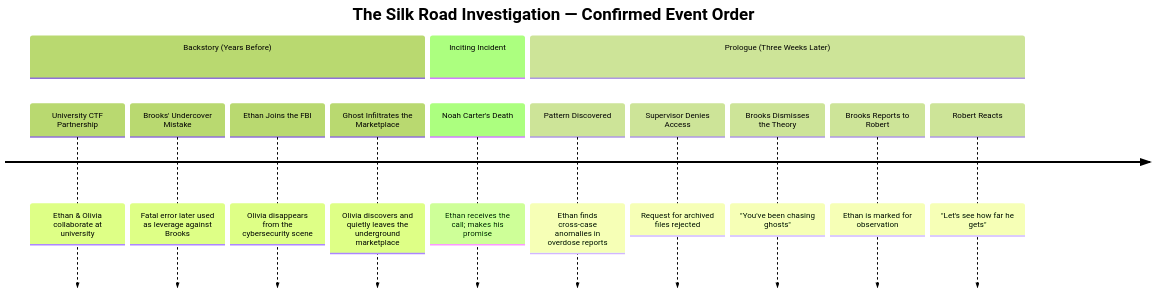
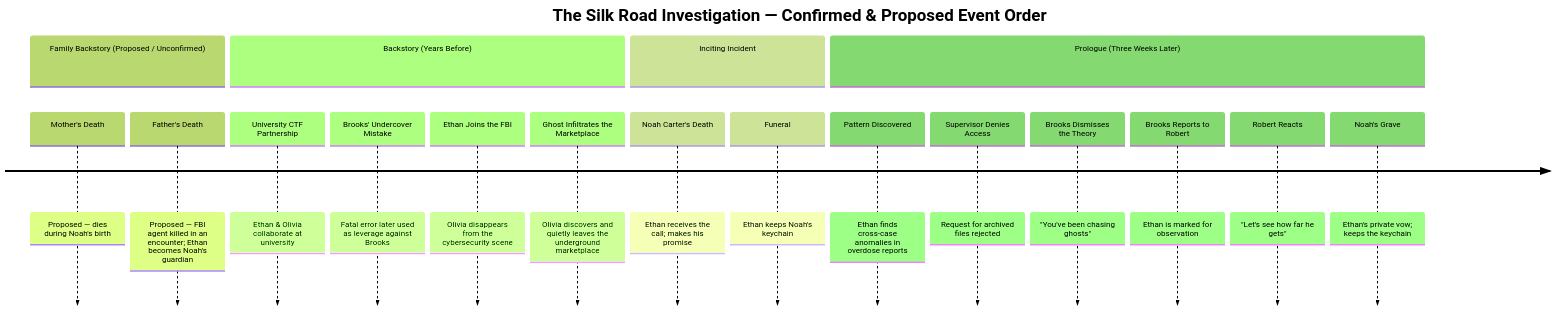
One commit to Mayank9056-MM/ctf-silk-project changed the diagram in docs/story/TIMELINE.md. Above: the diagram before and after it, drawn with Mermaid (forest theme). The commit also changed other lines of this file, not shown here.

Commit message:
feat: update TIMELINE.md with proposed family backstory entries and scene cross-references

````diff
--- a/docs/story/TIMELINE.md
+++ b/docs/story/TIMELINE.md
@@ -53,17 +61,22 @@
 ```mermaid
 timeline
-    title The Silk Road Investigation — Confirmed Event Order
+    title The Silk Road Investigation — Confirmed & Proposed Event Order
+    section Family Backstory (Proposed / Unconfirmed)
+        Mother's Death : Proposed — dies during Noah's birth
+        Father's Death : Proposed — FBI agent killed in an encounter; Ethan becomes Noah's guardian
     section Backstory (Years Before)
         University CTF Partnership : Ethan & Olivia collaborate at university
         Brooks' Undercover Mistake : Fatal error later used as leverage against Brooks
         Ethan Joins the FBI : Olivia disappears from the cybersecurity scene
         Ghost Infiltrates the Marketplace : Olivia discovers and quietly leaves the underground marketplace
     section Inciting Incident
         Noah Carter's Death : Ethan receives the call; makes his promise
+        Funeral : Ethan keeps Noah's keychain
     section Prologue (Three Weeks Later)
         Pattern Discovered : Ethan finds cross-case anomalies in overdose reports
         Supervisor Denies Access : Request for archived files rejected
         Brooks Dismisses the Theory : "You've been chasing ghosts"
         Brooks Reports to Robert : Ethan is marked for observation
         Robert Reacts : "Let's see how far he gets"
+        Noah's Grave : Ethan's private vow; keeps the keychain
 ```
````
